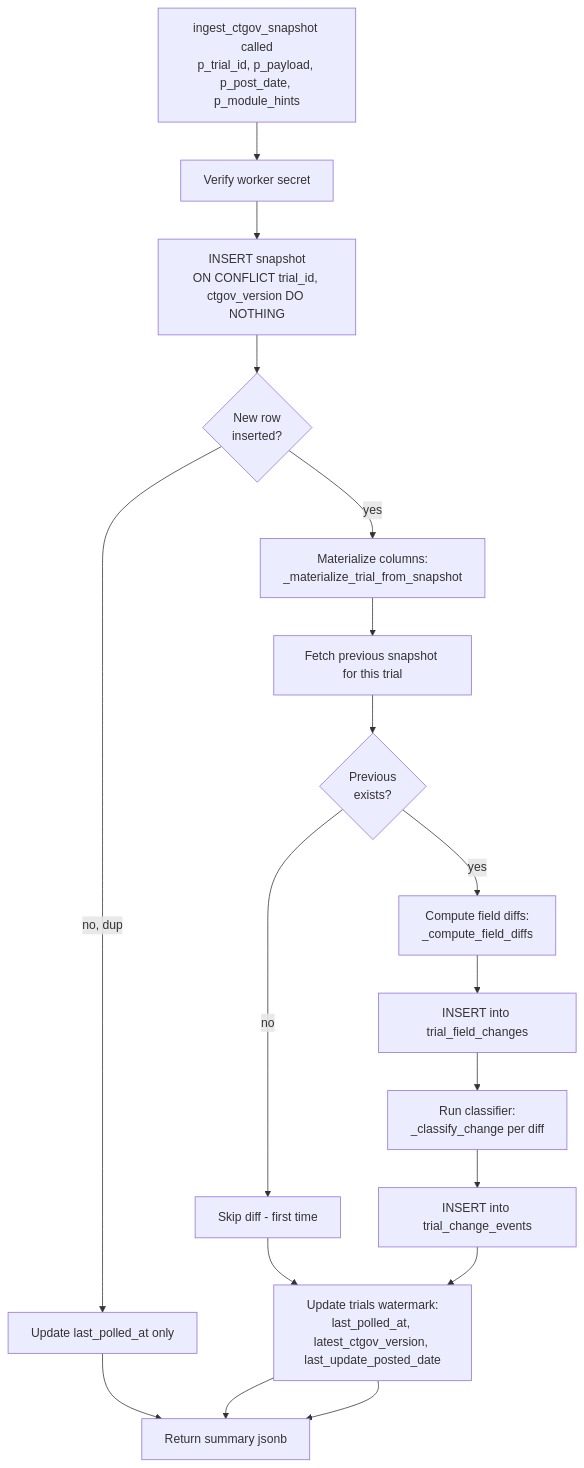
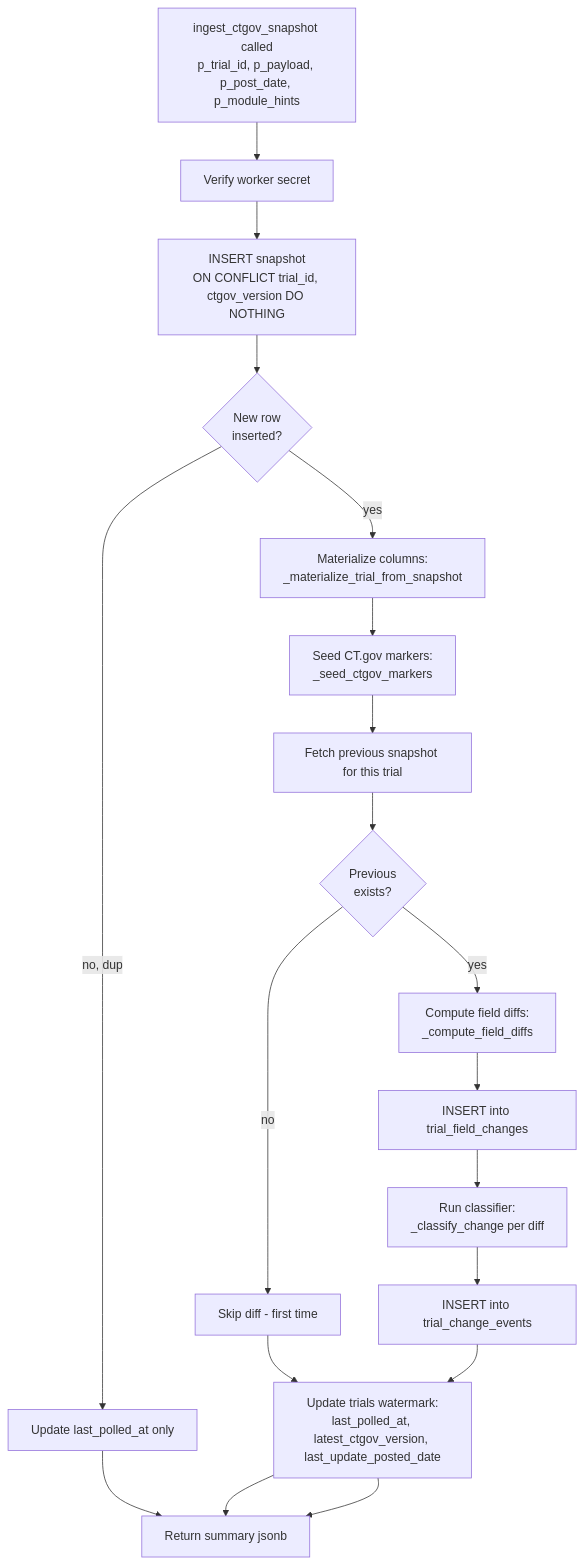
One commit to clint-org/clint changed the diagram in docs/runbook/06-backend-architecture.md. Above: the diagram before and after it, drawn with Mermaid. The commit also changed other lines of this file and 15 other files, not shown here.

````diff
--- a/docs/runbook/06-backend-architecture.md
+++ b/docs/runbook/06-backend-architecture.md
@@ -486,24 +487,25 @@
 ```mermaid
 flowchart TD
   A[ingest_ctgov_snapshot called<br/>p_trial_id, p_payload, p_post_date, p_module_hints]
   B[Verify worker secret]
   C[INSERT snapshot<br/>ON CONFLICT trial_id, ctgov_version DO NOTHING]
   D{New row<br/>inserted?}
   E[Update last_polled_at only]
   F[Materialize columns:<br/>_materialize_trial_from_snapshot]
+  P[Seed CT.gov markers:<br/>_seed_ctgov_markers]
   G[Fetch previous snapshot for this trial]
   H{Previous<br/>exists?}
   I[Skip diff - first time]
   J[Compute field diffs:<br/>_compute_field_diffs]
   K[INSERT into trial_field_changes]
   L[Run classifier:<br/>_classify_change per diff]
   M[INSERT into trial_change_events]
   N[Update trials watermark:<br/>last_polled_at, latest_ctgov_version, last_update_posted_date]
   O[Return summary jsonb]
 
   A --> B --> C --> D
   D -->|no, dup| E --> O
-  D -->|yes| F --> G --> H
+  D -->|yes| F --> P --> G --> H
   H -->|no| I --> N --> O
   H -->|yes| J --> K --> L --> M --> N --> O
 ```
````
